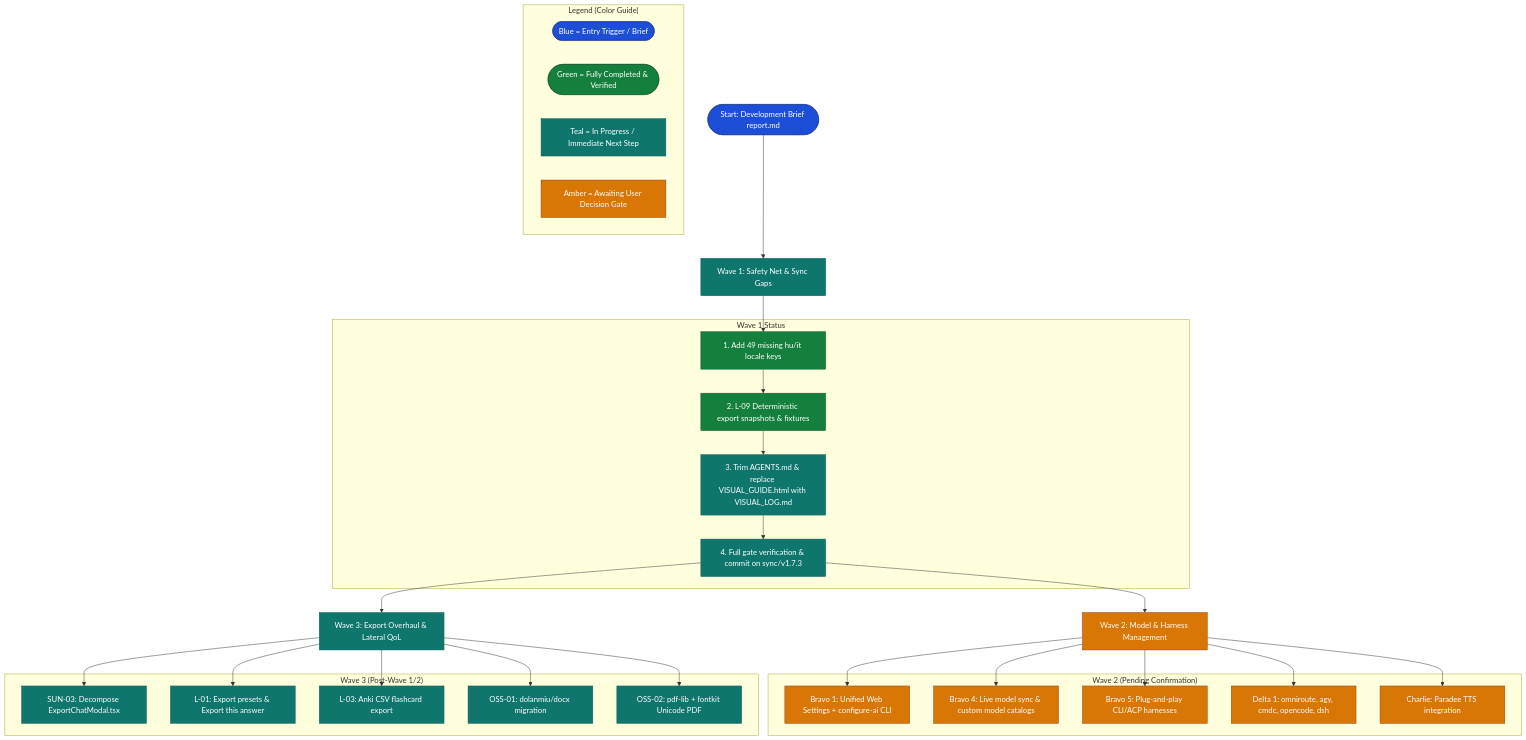
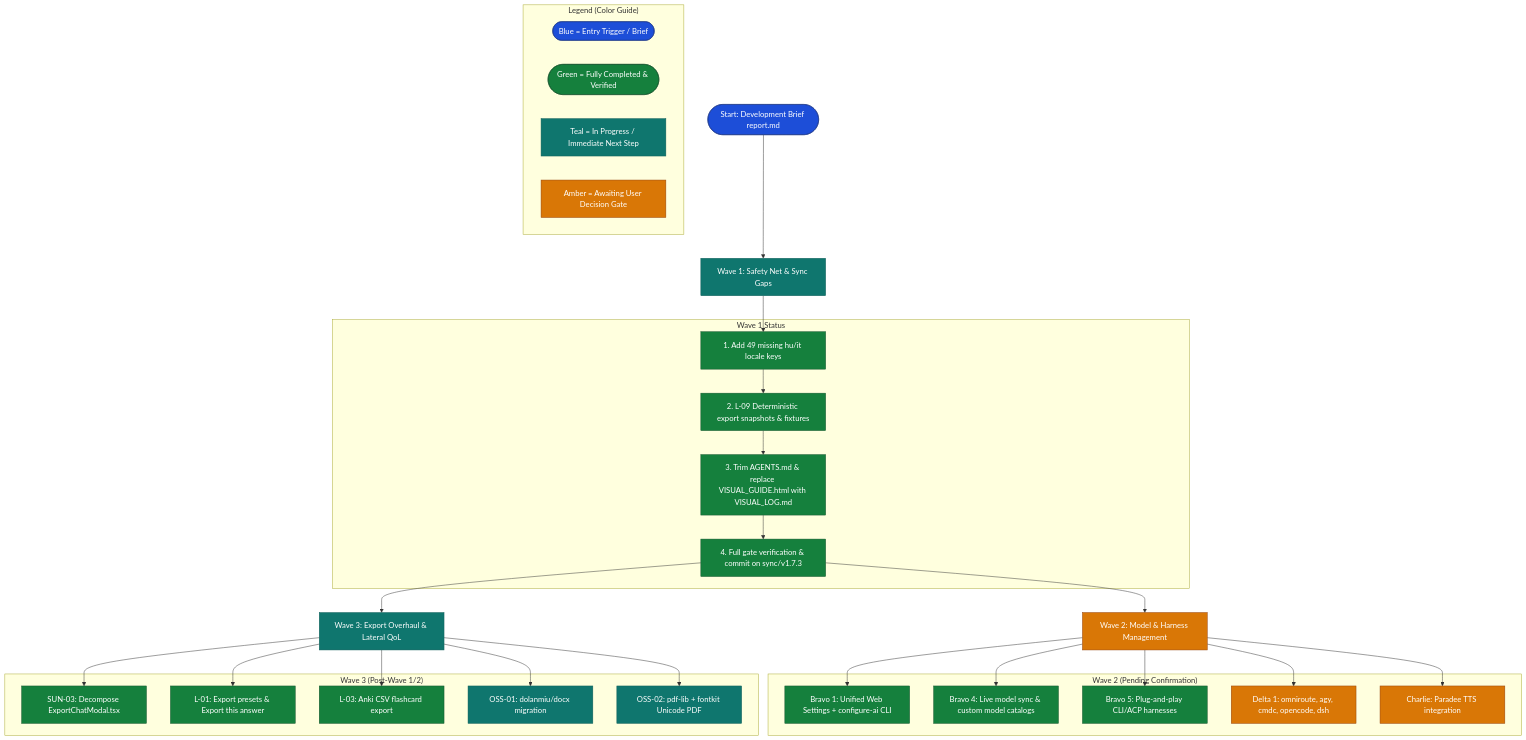
Before and after one commit to Mostakim2005/DeepTutor: the diagram in docs/HANDOFF_REPORT.md, drawn with Mermaid. The commit also changed other lines of this file and 1 other file, not shown here.

Commit message:
docs: sync HANDOFF_REPORT.md and PRODUCT.md with Wave 1-3 patch status

````diff
--- a/docs/HANDOFF_REPORT.md
+++ b/docs/HANDOFF_REPORT.md
@@ -28,51 +30,51 @@
 ```mermaid
 flowchart TD
     %% Color Definitions (Obsidian & GitHub compatible)
     classDef startNode fill:#1d4ed8,stroke:#1e3a8a,color:#ffffff
     classDef doneNode fill:#15803d,stroke:#14532d,color:#ffffff
     classDef pendingNode fill:#0f766e,stroke:#115e59,color:#ffffff
     classDef waitingNode fill:#d97706,stroke:#92400e,color:#ffffff
 
     Start([Start: Development Brief report.md]):::startNode --> W1[Wave 1: Safety Net & Sync Gaps]:::pendingNode
 
     subgraph Wave1["Wave 1 Status"]
         K1[1. Add 49 missing hu/it locale keys]:::doneNode
         K2[2. L-09 Deterministic export snapshots & fixtures]:::doneNode
-        K3[3. Trim AGENTS.md & replace VISUAL_GUIDE.html with VISUAL_LOG.md]:::pendingNode
-        K4[4. Full gate verification & commit on sync/v1.7.3]:::pendingNode
+        K3[3. Trim AGENTS.md & replace VISUAL_GUIDE.html with VISUAL_LOG.md]:::doneNode
+        K4[4. Full gate verification & commit on sync/v1.7.3]:::doneNode
     end
 
     W1 --> K1
     K1 --> K2
     K2 --> K3
     K3 --> K4
 
     K4 --> W2[Wave 2: Model & Harness Management]:::waitingNode
     K4 --> W3[Wave 3: Export Overhaul & Lateral QoL]:::pendingNode
 
     subgraph Wave2["Wave 2 (Pending Confirmation)"]
-        B1[Bravo 1: Unified Web Settings + configure-ai CLI]:::waitingNode
-        B4[Bravo 4: Live model sync & custom model catalogs]:::waitingNode
-        B5[Bravo 5: Plug-and-play CLI/ACP harnesses]:::waitingNode
+        B1[Bravo 1: Unified Web Settings + configure-ai CLI]:::doneNode
+        B4[Bravo 4: Live model sync & custom model catalogs]:::doneNode
+        B5[Bravo 5: Plug-and-play CLI/ACP harnesses]:::doneNode
         D1[Delta 1: omniroute, agy, cmdc, opencode, dsh]:::waitingNode
         C1[Charlie: Paradee TTS integration]:::waitingNode
     end
 
     subgraph Wave3["Wave 3 (Post-Wave 1/2)"]
-        S3[SUN-03: Decompose ExportChatModal.tsx]:::pendingNode
-        L1[L-01: Export presets & Export this answer]:::pendingNode
-        L3[L-03: Anki CSV flashcard export]:::pendingNode
+        S3[SUN-03: Decompose ExportChatModal.tsx]:::doneNode
+        L1[L-01: Export presets & Export this answer]:::doneNode
+        L3[L-03: Anki CSV flashcard export]:::doneNode
         O1[OSS-01: dolanmiu/docx migration]:::pendingNode
         O2[OSS-02: pdf-lib + fontkit Unicode PDF]:::pendingNode
     end
 
     W2 --> B1 & B4 & B5 & D1 & C1
     W3 --> S3 & L1 & L3 & O1 & O2
 
     subgraph Legend["Legend (Color Guide)"]
         L_Blue([Blue = Entry Trigger / Brief]):::startNode
         L_Green([Green = Fully Completed & Verified]):::doneNode
         L_Teal[Teal = In Progress / Immediate Next Step]:::pendingNode
         L_Amber[Amber = Awaiting User Decision Gate]:::waitingNode
     end
 ```
````
